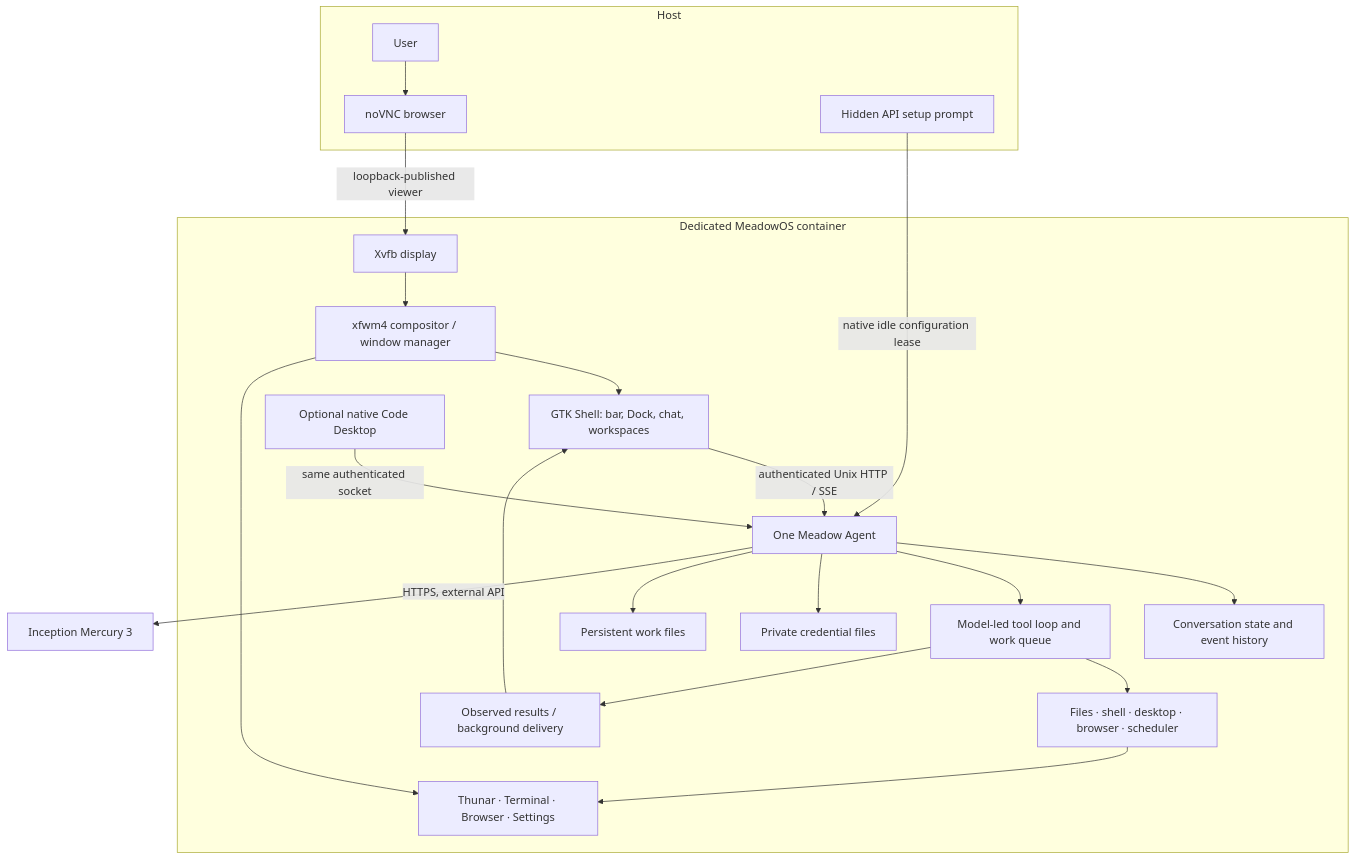
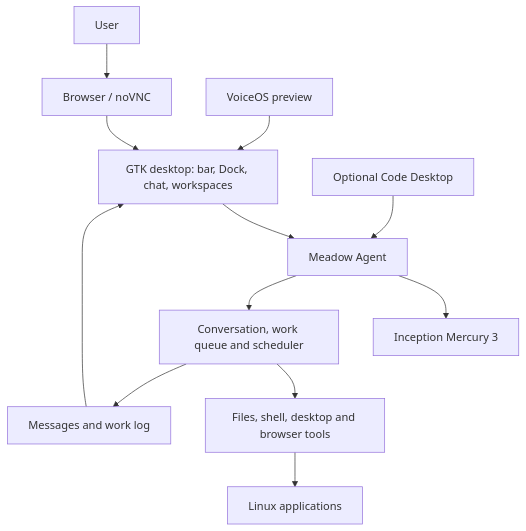
The diagram in docs/ARCHITECTURE.md (akaiHuang/MeadowOS), drawn with Mermaid before and after one commit. The commit also changed other lines of this file and 9 other files, not shown here.

````diff
--- a/docs/ARCHITECTURE.md
+++ b/docs/ARCHITECTURE.md
@@ -7,25 +7,14 @@
 ```mermaid
 flowchart TB
-  subgraph Host
-    User[User] --> Web[noVNC browser]
-    Setup[Hidden API setup prompt]
-  end
-  subgraph Container[Dedicated MeadowOS container]
-    Web -->|loopback-published viewer| Display[Xvfb display]
-    Display --> WM[xfwm4 compositor / window manager]
-    WM --> Shell[GTK Shell: bar, Dock, chat, workspaces]
-    WM --> Apps[Thunar · Terminal · Browser · Settings]
-    Shell -->|authenticated Unix HTTP / SSE| Agent[One Meadow Agent]
-    Code[Optional native Code Desktop] -->|same authenticated socket| Agent
-    Setup -->|native idle configuration lease| Agent
-    Agent --> Conversations[Conversation state and event history]
-    Agent --> Harness[Model-led tool loop and work queue]
-    Harness --> Tools[Files · shell · desktop · browser · scheduler]
-    Tools --> Apps
-    Harness --> Notifications[Observed results / background delivery]
-    Notifications --> Shell
-    Agent --> Credentials[Private credential files]
-    Agent --> Work[Persistent work files]
-  end
-  Agent -->|HTTPS, external API| Mercury[Inception Mercury 3]
+  User[User] --> Viewer[Browser / noVNC]
+  Viewer --> Shell[GTK desktop: bar, Dock, chat, workspaces]
+  Shell --> Agent[Meadow Agent]
+  Code[Optional Code Desktop] --> Agent
+  Voice[VoiceOS preview] --> Shell
+  Agent --> Model[Inception Mercury 3]
+  Agent --> Harness[Conversation, work queue and scheduler]
+  Harness --> Tools[Files, shell, desktop and browser tools]
+  Tools --> Apps[Linux applications]
+  Harness --> Results[Messages and work log]
+  Results --> Shell
 ```
````
